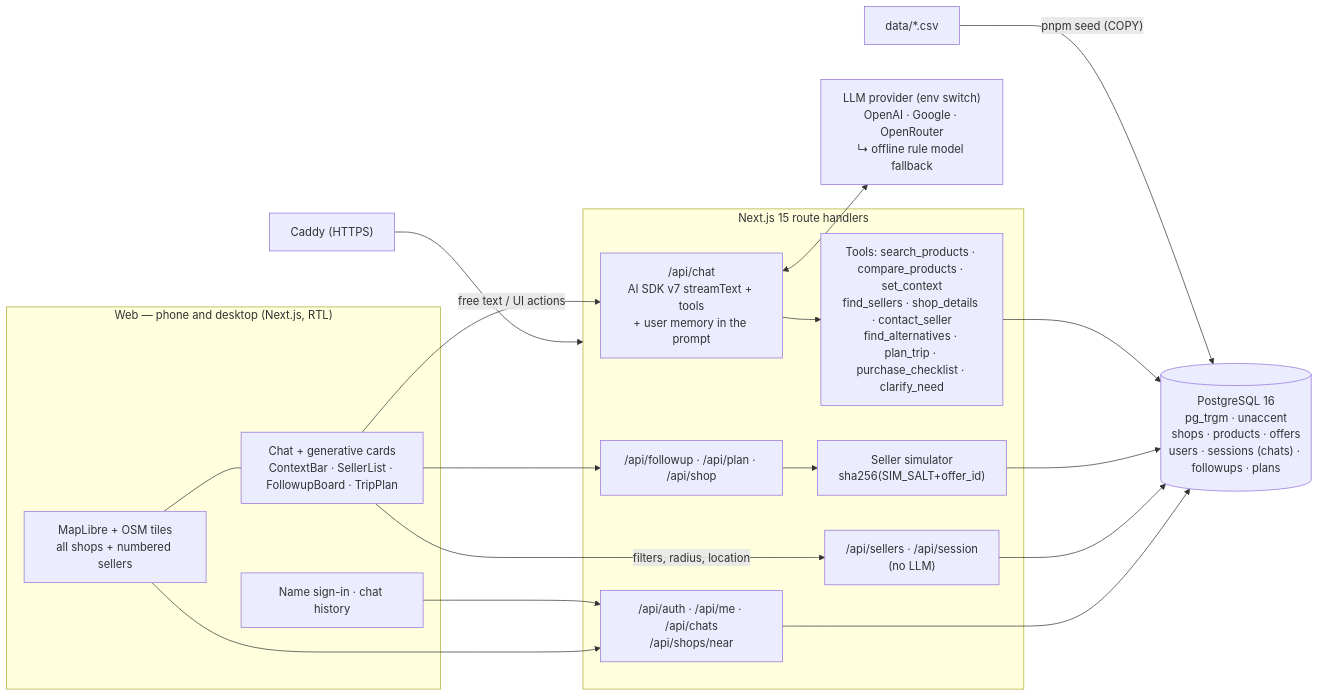
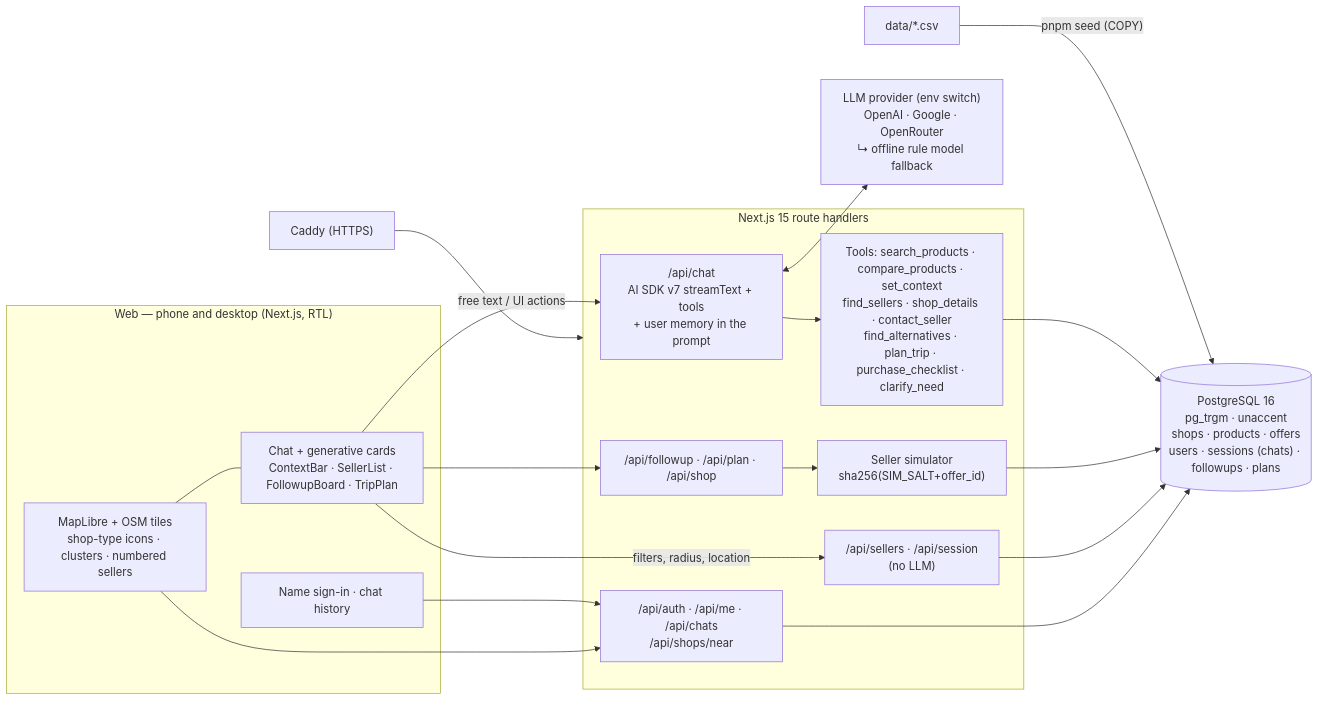
Before and after one commit to husseinrasti/torob-seller-agent: the diagram in README.md, drawn with Mermaid. The commit also changed other lines of this file and 31 other files, not shown here.

Commit message:
docs: shop types on the map, decisions 54–57, refreshed screenshots

````diff
--- a/README.md
+++ b/README.md
@@ -56,31 +56,31 @@
 ```mermaid
 flowchart LR
   subgraph Browser["Web — phone and desktop (Next.js, RTL)"]
     UI["Chat + generative cards<br/>ContextBar · SellerList · FollowupBoard · TripPlan"]
     HIST["Name sign-in · chat history"]
-    MAP["MapLibre + OSM tiles<br/>all shops + numbered sellers"]
+    MAP["MapLibre + OSM tiles<br/>shop-type icons · clusters · numbered sellers"]
   end
   subgraph App["Next.js 15 route handlers"]
     CHAT["/api/chat<br/>AI SDK v7 streamText + tools<br/>+ user memory in the prompt"]
     SELL["/api/sellers · /api/session<br/>(no LLM)"]
     FU["/api/followup · /api/plan · /api/shop"]
     ACC["/api/auth · /api/me · /api/chats<br/>/api/shops/near"]
     TOOLS["Tools: search_products · compare_products · set_context<br/>find_sellers · shop_details · contact_seller<br/>find_alternatives · plan_trip · purchase_checklist · clarify_need"]
     SIM["Seller simulator<br/>sha256(SIM_SALT+offer_id)"]
   end
   LLM["LLM provider (env switch)<br/>OpenAI · Google · OpenRouter<br/>↳ offline rule model fallback"]
   DB[("PostgreSQL 16<br/>pg_trgm · unaccent<br/>shops · products · offers<br/>users · sessions (chats) · followups · plans")]
   CSV["data/*.csv"] -->|"pnpm seed (COPY)"| DB
   UI -->|"free text / UI actions"| CHAT
   UI -->|"filters, radius, location"| SELL
   UI --> FU
   HIST --> ACC
   MAP --> ACC
   CHAT --> TOOLS --> DB
   CHAT <--> LLM
   FU --> SIM --> DB
   SELL --> DB
   ACC --> DB
   MAP --- UI
   CADDY["Caddy (HTTPS)"] --> App
 ```
````
